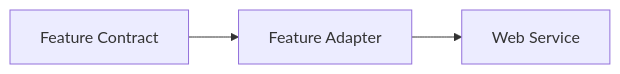
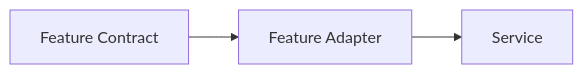
The first of 2 diagrams in README.md (webfeatures/spec), drawn with Mermaid before and after one commit. The commit also changed other lines of this file, not shown here.

````diff
--- a/README.md
+++ b/README.md
@@ -7,5 +5,4 @@
 ```mermaid
 graph LR;
-    a["Feature Contract"]-->b["Feature Adapter"]-->c["Web Service"];
-
+    a["Feature Contract"]-->b["Feature Adapter"]-->c["Service"];
 ```
````
